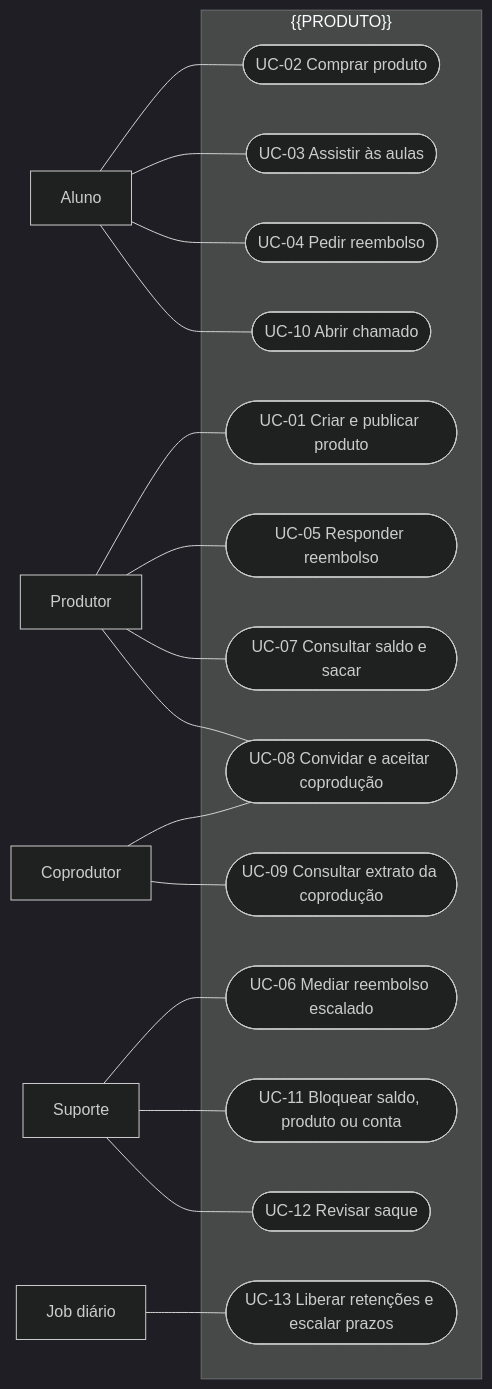
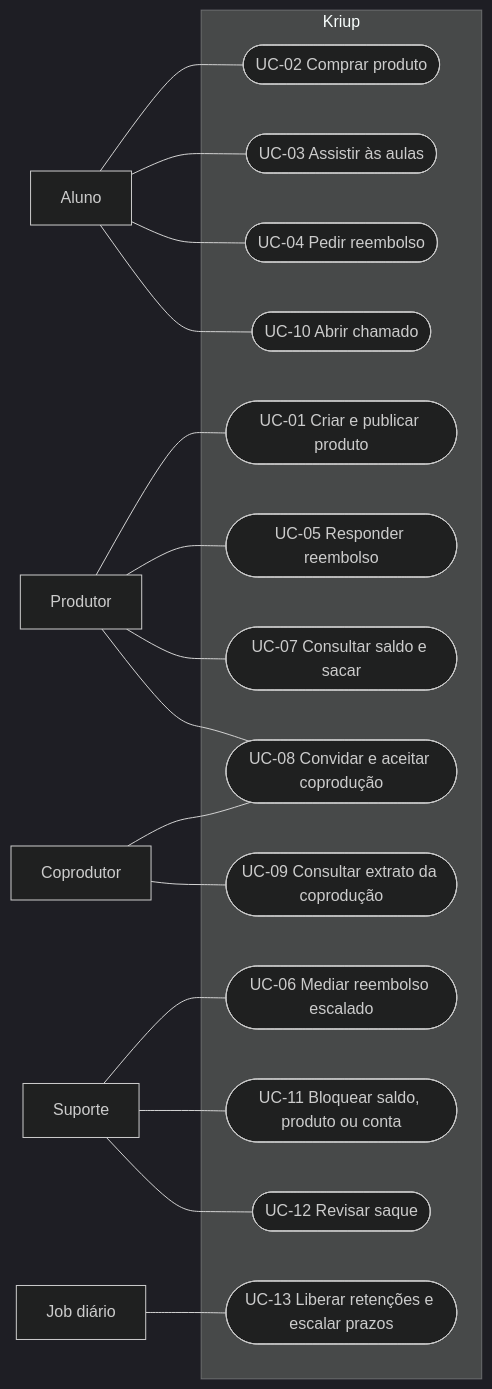
Before and after one commit to kitsuneislife/kriup: the fifth of 18 diagrams in docs/faculdade/02-engenharia-e-modelagem.md, drawn with Mermaid (dark theme). The commit also changed other lines of this file and 46 other files, not shown here.

````diff
--- a/docs/faculdade/02-engenharia-e-modelagem.md
+++ b/docs/faculdade/02-engenharia-e-modelagem.md
@@ -301,39 +301,39 @@
 ```mermaid
 flowchart LR
     Prod["Produtor"]
     Alu["Aluno"]
     Cop["Coprodutor"]
     Sup["Suporte"]
     Job["Job diário"]
 
-    subgraph Sistema["{{PRODUTO}}"]
+    subgraph Sistema["Kriup"]
         UC01(["UC-01 Criar e publicar produto"])
         UC02(["UC-02 Comprar produto"])
         UC03(["UC-03 Assistir às aulas"])
         UC04(["UC-04 Pedir reembolso"])
         UC05(["UC-05 Responder reembolso"])
         UC06(["UC-06 Mediar reembolso escalado"])
         UC07(["UC-07 Consultar saldo e sacar"])
         UC08(["UC-08 Convidar e aceitar coprodução"])
         UC09(["UC-09 Consultar extrato da coprodução"])
         UC10(["UC-10 Abrir chamado"])
         UC11(["UC-11 Bloquear saldo, produto ou conta"])
         UC12(["UC-12 Revisar saque"])
         UC13(["UC-13 Liberar retenções e escalar prazos"])
     end
 
     Prod --- UC01
     Prod --- UC05
     Prod --- UC07
     Prod --- UC08
     Alu --- UC02
     Alu --- UC03
     Alu --- UC04
     Alu --- UC10
     Cop --- UC08
     Cop --- UC09
     Sup --- UC06
     Sup --- UC11
     Sup --- UC12
     Job --- UC13
 ```
````
